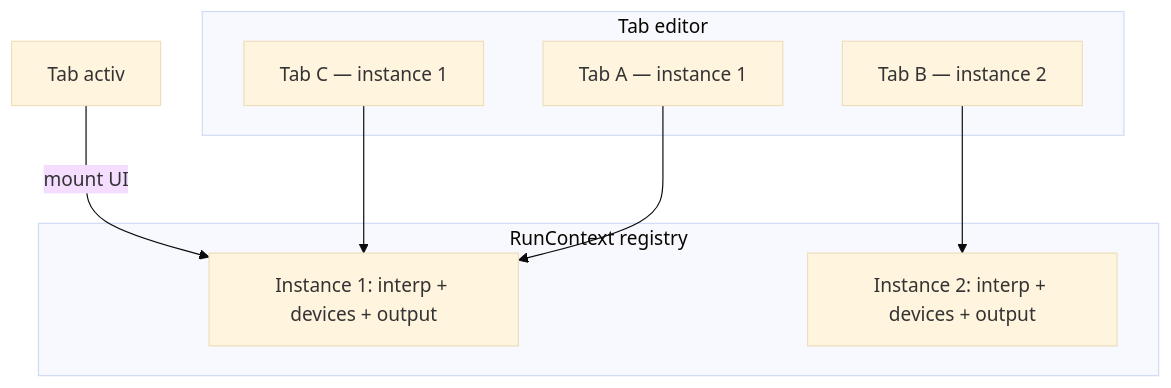
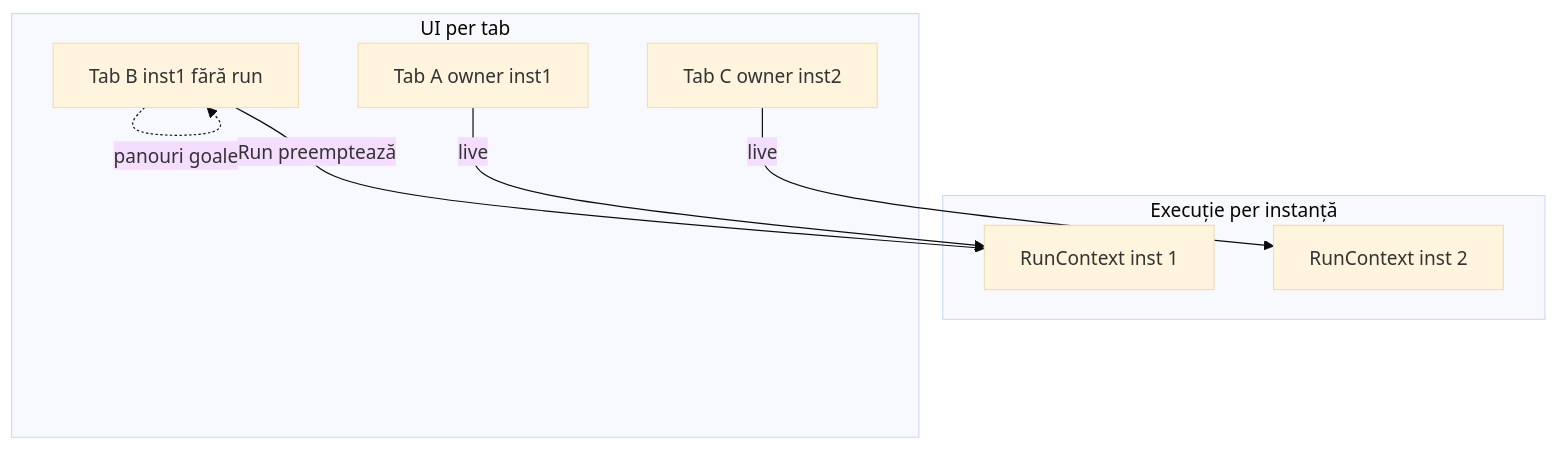
One commit to epsislow/logic-algebra-js changed the diagram in library/logTscript/.cursor/plans/multi-instance_editor_ui.plan.md. Above: the diagram before and after it, drawn with Mermaid (base theme). The commit also changed other lines of this file and 25 other files, not shown here.

````diff
--- a/library/logTscript/.cursor/plans/multi-instance_editor_ui.plan.md
+++ b/library/logTscript/.cursor/plans/multi-instance_editor_ui.plan.md
@@ -38,16 +51,16 @@
 ```mermaid
 flowchart TB
-  subgraph tabs [Tab editor]
-    TabA["Tab A — instance 1"]
-    TabB["Tab B — instance 2"]
-    TabC["Tab C — instance 1"]
+  subgraph exec [Execuție per instanță]
+    I1["RunContext inst 1"]
+    I2["RunContext inst 2"]
   end
-  subgraph ctx [RunContext registry]
-    I1["Instance 1: interp + devices + output"]
-    I2["Instance 2: interp + devices + output"]
+  subgraph tabs [UI per tab]
+    TabA["Tab A owner inst1"]
+    TabB["Tab B inst1 fără run"]
+    TabC["Tab C owner inst2"]
   end
-  TabA --> I1
-  TabC --> I1
-  TabB --> I2
-  ActiveTab["Tab activ"] -->|mount UI| I1
+  TabA -->|live| I1
+  TabB -.->|panouri goale| TabB
+  TabC -->|live| I2
+  TabB -->|Run preemptează| I1
 ```
````
